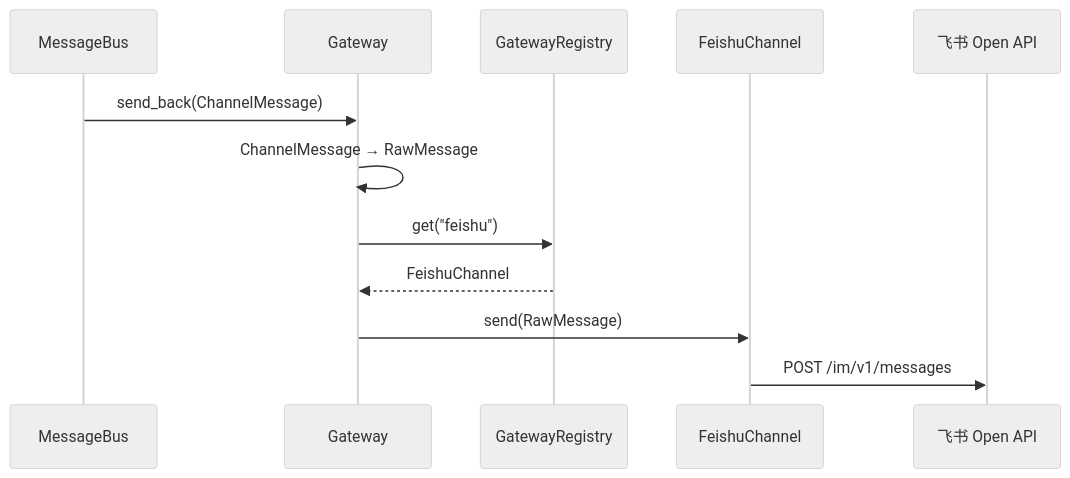
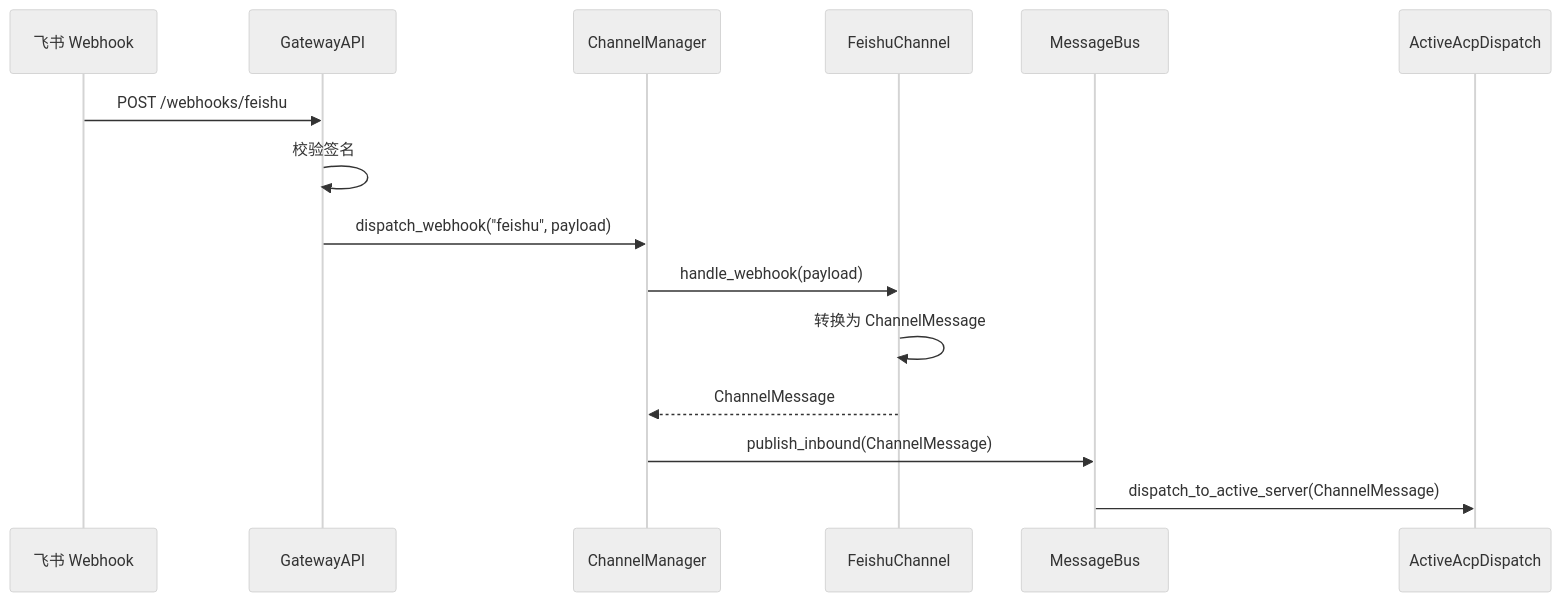
One commit to zhuxining/MindClaw changed the third of 4 diagrams in docs/architecture/10-channel-gateway.md. Above: the diagram before and after it, drawn with Mermaid (neutral theme). The commit also changed other lines of this file and 8 other files, not shown here.

````diff
--- a/docs/architecture/10-channel-gateway.md
+++ b/docs/architecture/10-channel-gateway.md
@@ -139,15 +101,18 @@
 ```mermaid
 sequenceDiagram
+    participant FS as 飞书 Webhook
+    participant API as GatewayAPI
+    participant CM as ChannelManager
+    participant FC as FeishuChannel
     participant MB as MessageBus
-    participant GW as Gateway
-    participant Registry as GatewayRegistry
-    participant FC as FeishuChannel
-    participant API as 飞书 Open API
+    participant AD as ActiveAcpDispatch
 
-    MB->>GW: send_back(ChannelMessage)
-    GW->>GW: ChannelMessage → RawMessage
-    GW->>Registry: get("feishu")
-    Registry-->>GW: FeishuChannel
-    GW->>FC: send(RawMessage)
-    FC->>API: POST /im/v1/messages
+    FS->>API: POST /webhooks/feishu
+    API->>API: 校验签名
+    API->>CM: dispatch_webhook("feishu", payload)
+    CM->>FC: handle_webhook(payload)
+    FC->>FC: 转换为 ChannelMessage
+    FC-->>CM: ChannelMessage
+    CM->>MB: publish_inbound(ChannelMessage)
+    MB->>AD: dispatch_to_active_server(ChannelMessage)
 ```
````
